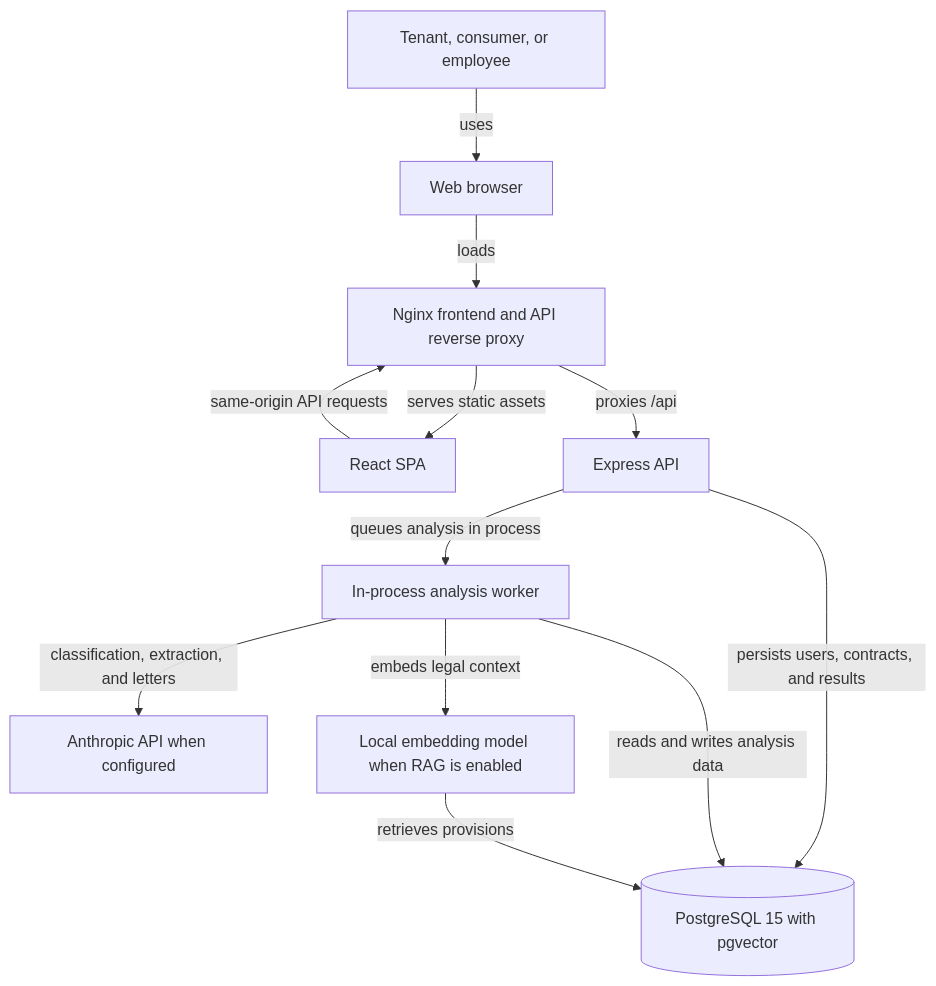
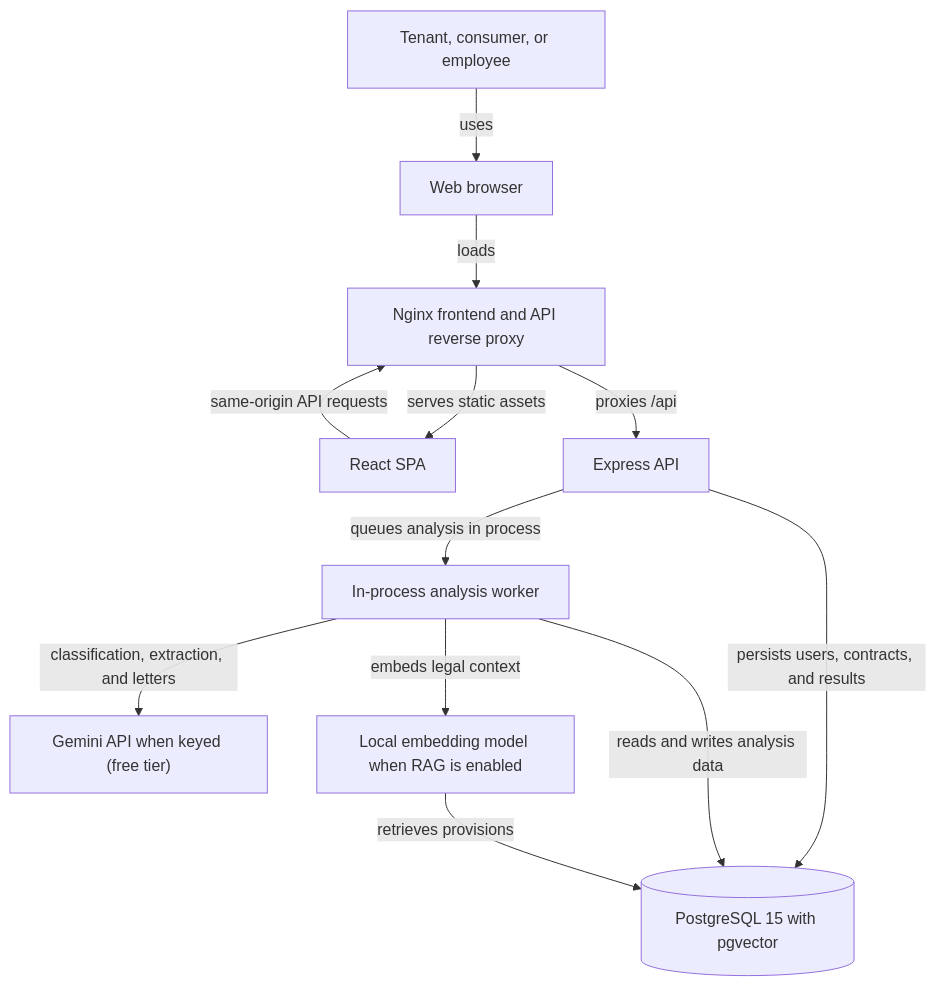
The first of 4 diagrams in docs/architecture.md (Jesusdavid2004/Contrato_ceroO), drawn with Mermaid before and after one commit. The commit also changed other lines of this file and 20 other files, not shown here.

Commit message:
refactor(ai): remove Anthropic, keep local plus free Gemini hybrid

````diff
--- a/docs/architecture.md
+++ b/docs/architecture.md
@@ -8,24 +8,24 @@
 ```mermaid
 flowchart TD
     sUser["Tenant, consumer, or employee"]
     sBrowser["Web browser"]
     sNginx["Nginx frontend and API reverse proxy"]
     sReact["React SPA"]
     sApi["Express API"]
     sWorker["In-process analysis worker"]
     sDb[("PostgreSQL 15 with pgvector")]
-    sAnthropic["Anthropic API when configured"]
+    sAnthropic["Gemini API when keyed (free tier)"]
     sLocalModel["Local embedding model when RAG is enabled"]
 
     sUser -->|"uses"| sBrowser
     sBrowser -->|"loads"| sNginx
     sNginx -->|"serves static assets"| sReact
     sReact -->|"same-origin API requests"| sNginx
     sNginx -->|"proxies /api"| sApi
     sApi -->|"persists users, contracts, and results"| sDb
     sApi -->|"queues analysis in process"| sWorker
     sWorker -->|"reads and writes analysis data"| sDb
     sWorker -->|"classification, extraction, and letters"| sAnthropic
     sWorker -->|"embeds legal context"| sLocalModel
     sLocalModel -->|"retrieves provisions"| sDb
 ```
````
